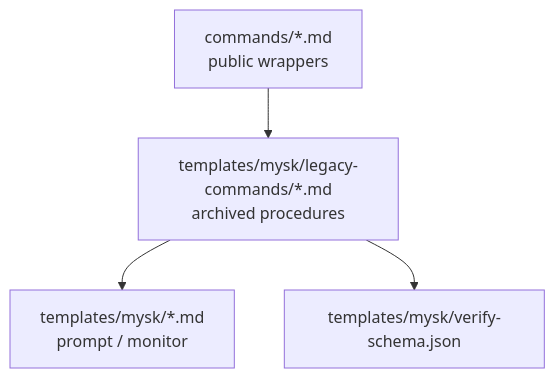
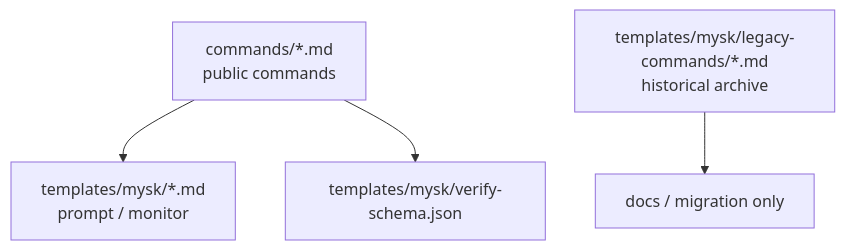
One commit to ainoobmenpg/claude-code-myskills changed the second of 2 diagrams in docs/workflow.md. Above: the diagram before and after it, drawn with Mermaid. The commit also changed other lines of this file and 18 other files, not shown here.

````diff
--- a/docs/workflow.md
+++ b/docs/workflow.md
@@ -42,6 +42,6 @@
 ```mermaid
 graph TD
-    A["commands/*.md<br/>public wrappers"] --> B["templates/mysk/legacy-commands/*.md<br/>archived procedures"]
-    B --> C["templates/mysk/*.md<br/>prompt / monitor"]
-    B --> D["templates/mysk/verify-schema.json"]
+    A["commands/*.md<br/>public commands"] --> B["templates/mysk/*.md<br/>prompt / monitor"]
+    A --> C["templates/mysk/verify-schema.json"]
+    D["templates/mysk/legacy-commands/*.md<br/>historical archive"] --> E["docs / migration only"]
 ```
````
